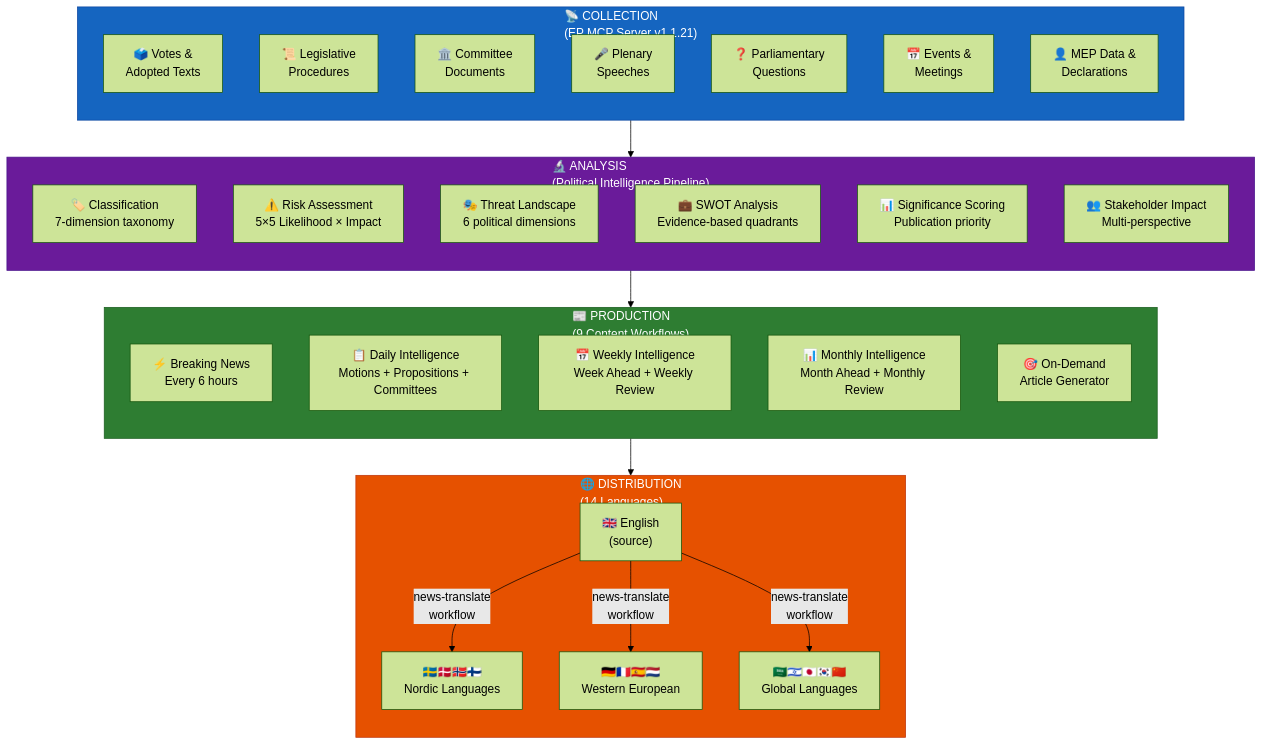
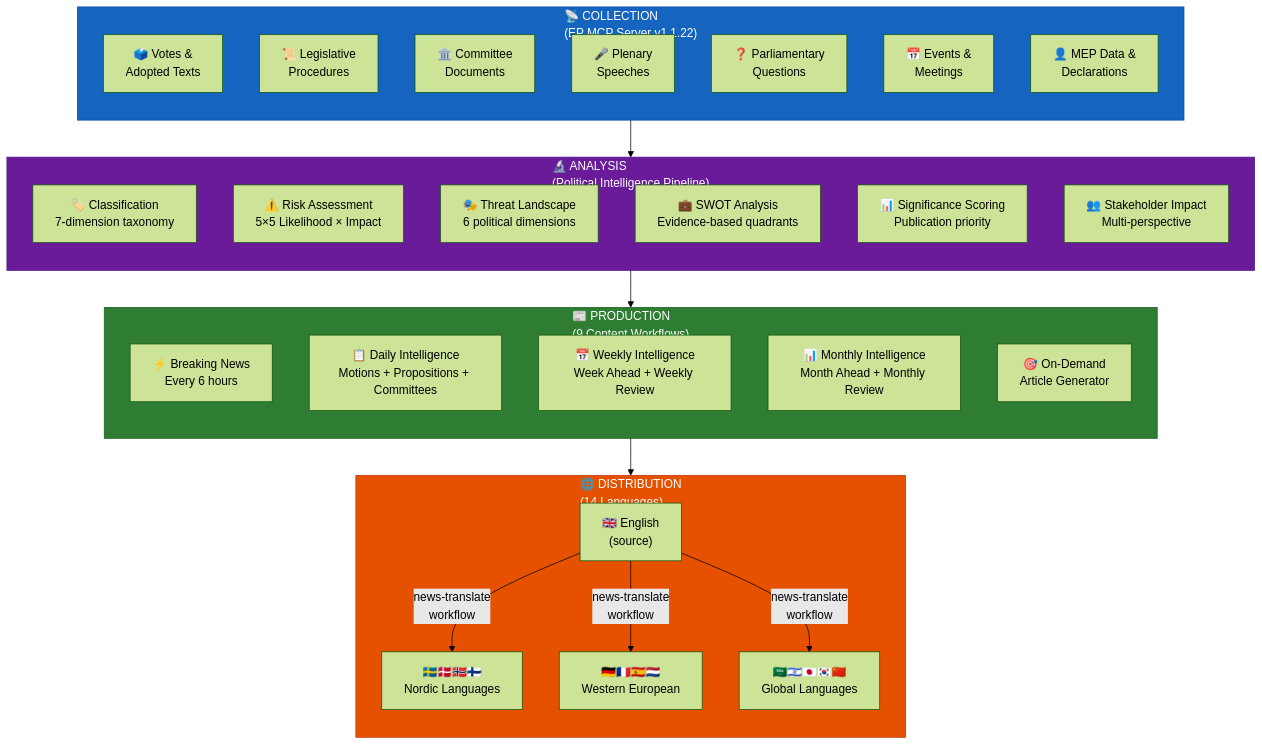
Before and after one commit to Hack23/euparliamentmonitor: diagram 18 of 21 in WORKFLOWS.md, drawn with Mermaid (forest theme). The commit also changed other lines of this file and 25 other files, not shown here.

First line of the commit message:
chore: update european-parliament-mcp-server 1.1.21→1.1.22 in all workflows, MCP config, docs, and lock files

````diff
--- a/WORKFLOWS.md
+++ b/WORKFLOWS.md
@@ -1625,48 +1625,48 @@
 ```mermaid
 flowchart TD
-    subgraph Collection["📡 COLLECTION<br/>(EP MCP Server v1.1.21)"]
+    subgraph Collection["📡 COLLECTION<br/>(EP MCP Server v1.1.22)"]
         direction TB
         C1["🗳️ Votes &<br/>Adopted Texts"]
         C2["📜 Legislative<br/>Procedures"]
         C3["🏛️ Committee<br/>Documents"]
         C4["🎤 Plenary<br/>Speeches"]
         C5["❓ Parliamentary<br/>Questions"]
         C6["📅 Events &<br/>Meetings"]
         C7["👤 MEP Data &<br/>Declarations"]
     end
 
     subgraph Analysis["🔬 ANALYSIS<br/>(Political Intelligence Pipeline)"]
         direction TB
         A1["🏷️ Classification<br/>7-dimension taxonomy"]
         A2["⚠️ Risk Assessment<br/>5×5 Likelihood × Impact"]
         A3["🎭 Threat Landscape<br/>6 political dimensions"]
         A4["💼 SWOT Analysis<br/>Evidence-based quadrants"]
         A5["📊 Significance Scoring<br/>Publication priority"]
         A6["👥 Stakeholder Impact<br/>Multi-perspective"]
     end
 
     subgraph Production["📰 PRODUCTION<br/>(9 Content Workflows)"]
         direction TB
         P1["⚡ Breaking News<br/>Every 6 hours"]
         P2["📋 Daily Intelligence<br/>Motions + Propositions + Committees"]
         P3["📅 Weekly Intelligence<br/>Week Ahead + Weekly Review"]
         P4["📊 Monthly Intelligence<br/>Month Ahead + Monthly Review"]
         P5["🎯 On-Demand<br/>Article Generator"]
     end
 
     subgraph Distribution["🌐 DISTRIBUTION<br/>(14 Languages)"]
         direction TB
         D1["🇬🇧 English<br/>(source)"]
         D2["🇸🇪🇩🇰🇳🇴🇫🇮<br/>Nordic Languages"]
         D3["🇩🇪🇫🇷🇪🇸🇳🇱<br/>Western European"]
         D4["🇸🇦🇮🇱🇯🇵🇰🇷🇨🇳<br/>Global Languages"]
     end
 
     Collection --> Analysis --> Production --> D1
     D1 --> |"news-translate<br/>workflow"| D2 & D3 & D4
 
     style Collection fill:#1565C0,stroke:#0D47A1,color:#FFFFFF
     style Analysis fill:#6A1B9A,stroke:#4A148C,color:#FFFFFF
     style Production fill:#2E7D32,stroke:#1B5E20,color:#FFFFFF
     style Distribution fill:#E65100,stroke:#BF360C,color:#FFFFFF
 ```
````
